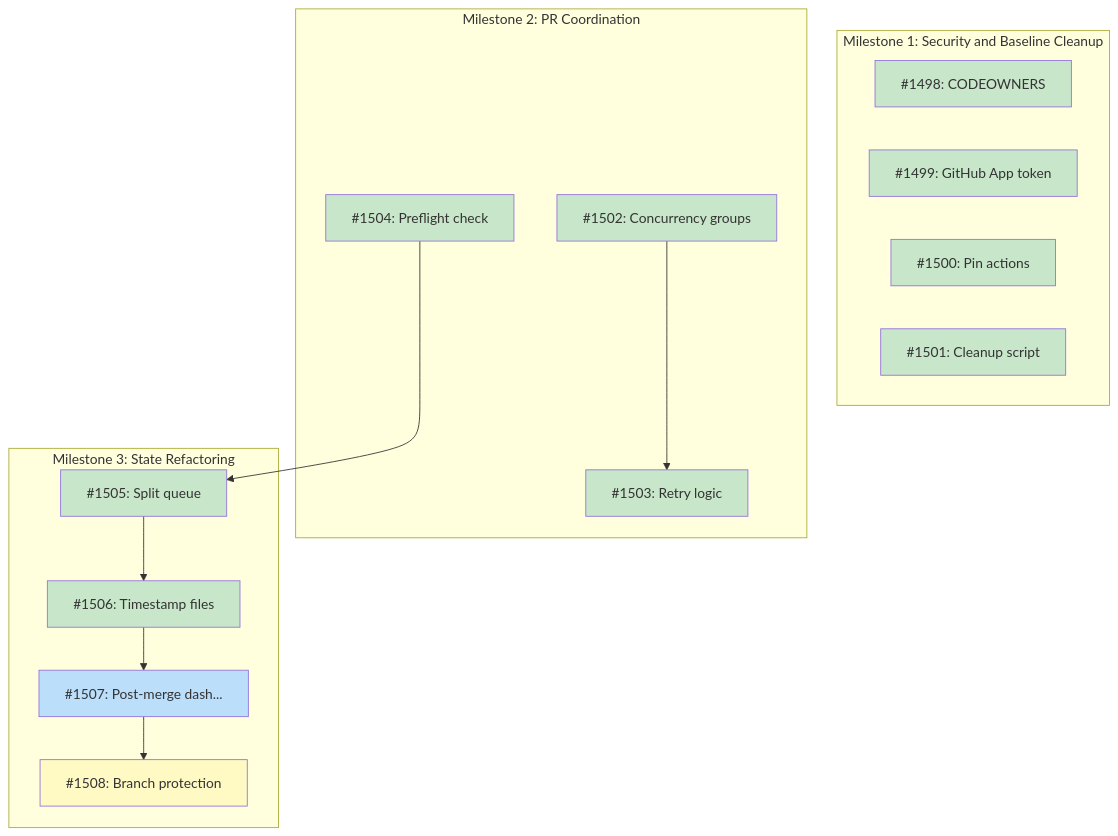
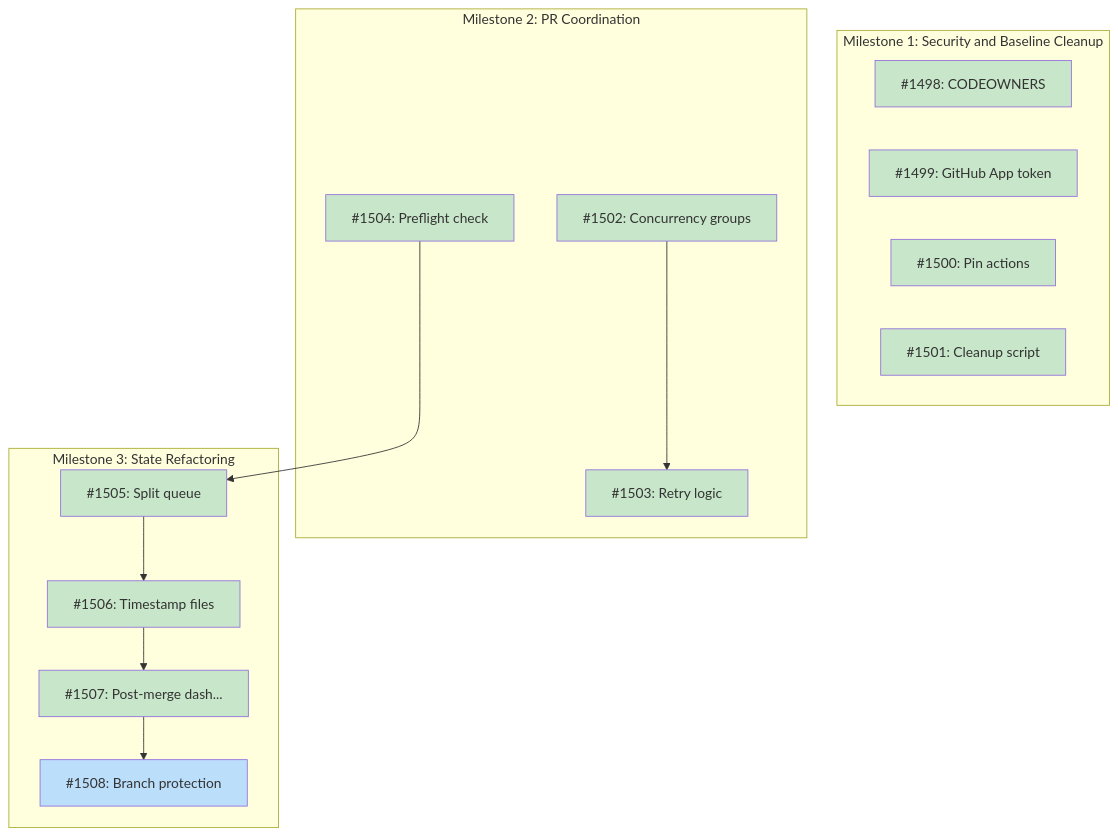
Before and after one commit to tsukumogami/tsuku: the diagram in docs/designs/DESIGN-batch-pr-coordination.md, drawn with Mermaid. The commit also changed other lines of this file and 2 other files, not shown here.

First paragraph of the commit message:
feat(workflows): add post-merge dashboard update workflow
Create new update-dashboard.yml workflow that generates and commits the
pipeline dashboard after state files merge to main, eliminating dashboard
as a conflict source in batch PRs.

````diff
--- a/docs/designs/DESIGN-batch-pr-coordination.md
+++ b/docs/designs/DESIGN-batch-pr-coordination.md
@@ -80,37 +80,36 @@
 ```mermaid
 graph TD
     subgraph M1["Milestone 1: Security and Baseline Cleanup"]
         I1498["#1498: CODEOWNERS"]
         I1499["#1499: GitHub App token"]
         I1500["#1500: Pin actions"]
         I1501["#1501: Cleanup script"]
     end
 
     subgraph M2["Milestone 2: PR Coordination"]
         I1502["#1502: Concurrency groups"]
         I1503["#1503: Retry logic"]
         I1504["#1504: Preflight check"]
     end
 
     subgraph M3["Milestone 3: State Refactoring"]
         I1505["#1505: Split queue"]
         I1506["#1506: Timestamp files"]
         I1507["#1507: Post-merge dash..."]
         I1508["#1508: Branch protection"]
     end
 
     I1502 --> I1503
     I1504 --> I1505
     I1505 --> I1506
     I1506 --> I1507
     I1507 --> I1508
 
     classDef done fill:#c8e6c9
     classDef ready fill:#bbdefb
     classDef blocked fill:#fff9c4
     classDef needsDesign fill:#e1bee7
 
-    class I1498,I1499,I1500,I1501,I1502,I1503,I1504,I1505,I1506 done
-    class I1507 ready
-    class I1508 blocked
+    class I1498,I1499,I1500,I1501,I1502,I1503,I1504,I1505,I1506,I1507 done
+    class I1508 ready
 ```
````
